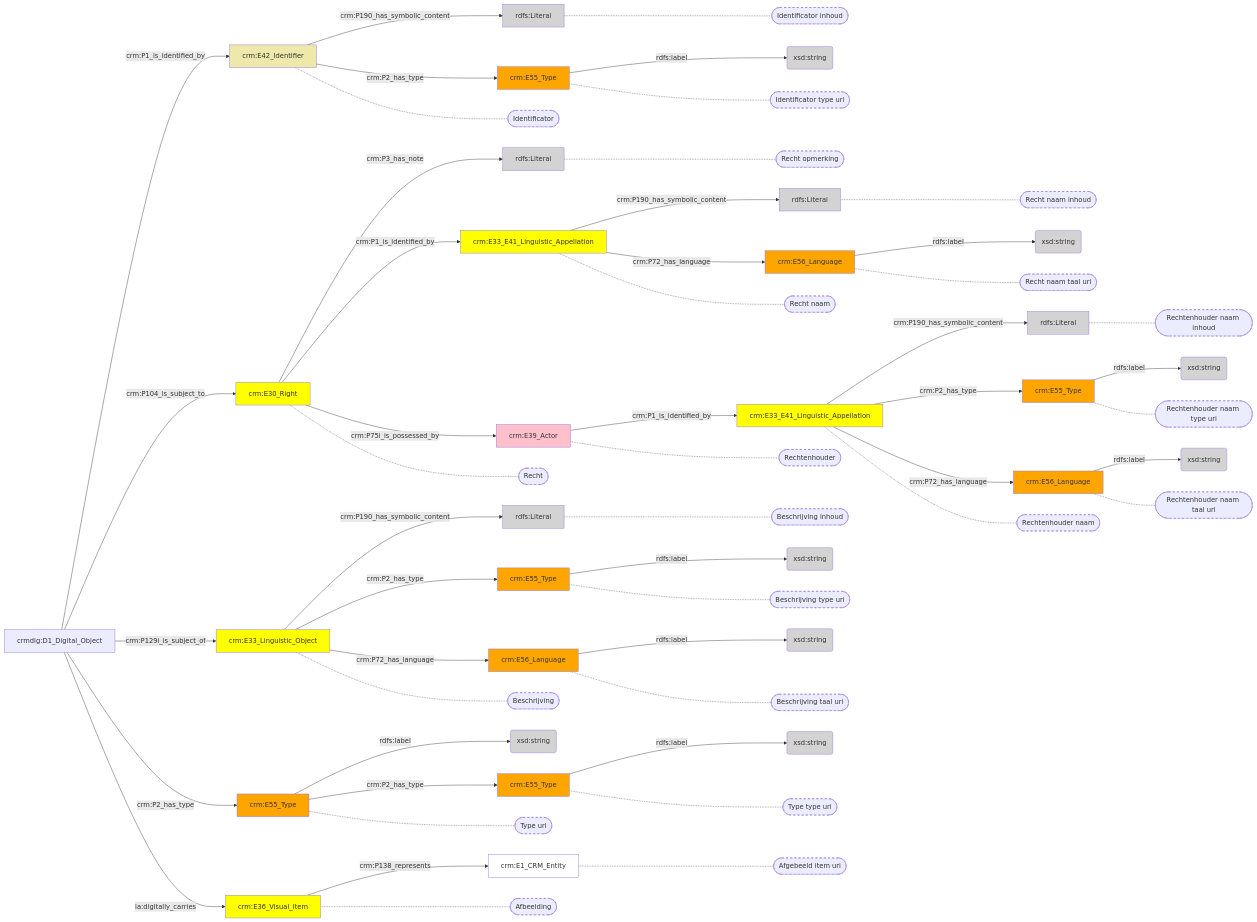
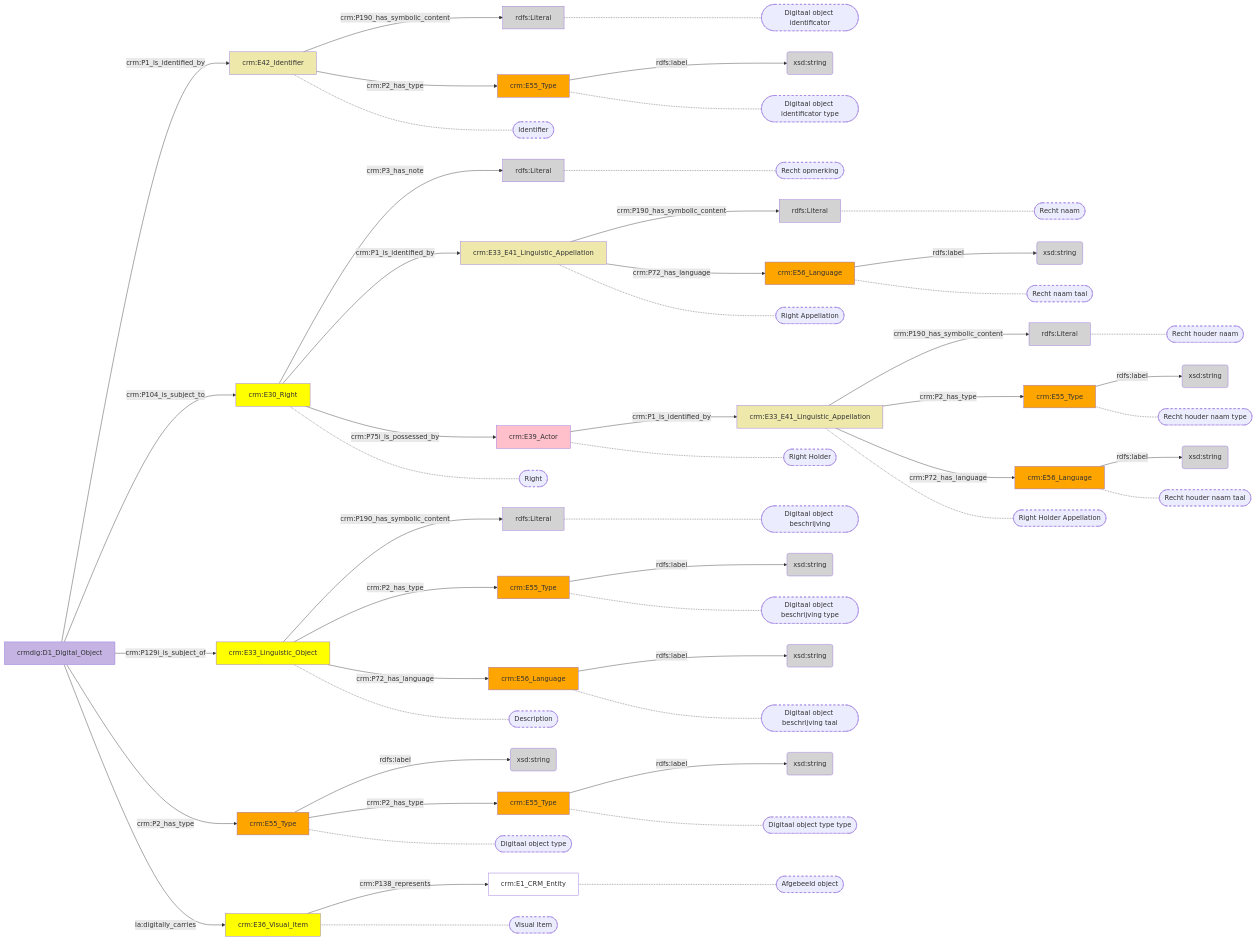
The diagram in docs/content/modellen/DigitalObject.md (digipolisantwerpdocumentation/antwerp-cultureel-erfgoed), drawn with Mermaid before and after one commit. The commit also changed 173 other files, not shown here.

````diff
--- a/docs/content/modellen/DigitalObject.md
+++ b/docs/content/modellen/DigitalObject.md
@@ -29,27 +29,6 @@
 ad7fc398-04fa-11ee-9497-96a6d2455259["crm:E33_E41_Linguistic_Appellation"]-->|"crm:P72_has_language"|ad7fc5a0-04fa-11ee-9497-96a6d2455259["crm:E56_Language"]
 ad7fc8ac-04fa-11ee-9497-96a6d2455259["crm:E33_E41_Linguistic_Appellation"]-->|"crm:P2_has_type"|ad7fbe3e-04fa-11ee-9497-96a6d2455259["crm:E55_Type"]
 ad7fc8ac-04fa-11ee-9497-96a6d2455259["crm:E33_E41_Linguistic_Appellation"]-->|"crm:P72_has_language"|ad7faeda-04fa-11ee-9497-96a6d2455259["crm:E56_Language"]
-ad7fb196-04fa-11ee-9497-96a6d2455259["rdfs:Literal"]-.-ad7fb196-04fa-11ee-9497-96a6d2455259_s(["Identificator inhoud"])
-ad7fb2a4-04fa-11ee-9497-96a6d2455259["crm:E55_Type"]-.-ad7fb2a4-04fa-11ee-9497-96a6d2455259_s(["Identificator type uri"])
-ad7fb5ba-04fa-11ee-9497-96a6d2455259["rdfs:Literal"]-.-ad7fb5ba-04fa-11ee-9497-96a6d2455259_s(["Beschrijving inhoud"])
-ad7fb7ea-04fa-11ee-9497-96a6d2455259["crm:E55_Type"]-.-ad7fb7ea-04fa-11ee-9497-96a6d2455259_s(["Beschrijving type uri"])
-ad7fb9fc-04fa-11ee-9497-96a6d2455259["crm:E56_Language"]-.-ad7fb9fc-04fa-11ee-9497-96a6d2455259_s(["Beschrijving taal uri"])
-ad7fbb14-04fa-11ee-9497-96a6d2455259["crm:E55_Type"]-.-ad7fbb14-04fa-11ee-9497-96a6d2455259_s(["Type type uri"])
-ad7fb48e-04fa-11ee-9497-96a6d2455259["crm:E1_CRM_Entity"]-.-ad7fb48e-04fa-11ee-9497-96a6d2455259_s(["Afgebeeld item uri"])
-ad7fc398-04fa-11ee-9497-96a6d2455259["crm:E33_E41_Linguistic_Appellation"]-.-ad7fc398-04fa-11ee-9497-96a6d2455259_s(["Recht naam"])
-ad7fc7b2-04fa-11ee-9497-96a6d2455259["rdfs:Literal"]-.-ad7fc7b2-04fa-11ee-9497-96a6d2455259_s(["Recht opmerking"])
-ad7fc17c-04fa-11ee-9497-96a6d2455259["crm:E39_Actor"]-.-ad7fc17c-04fa-11ee-9497-96a6d2455259_s(["Rechtenhouder"])
-ad7f9832-04fa-11ee-9497-96a6d2455259["crm:E42_Identifier"]-.-ad7f9832-04fa-11ee-9497-96a6d2455259_s(["Identificator"])
-ad7fab56-04fa-11ee-9497-96a6d2455259["crm:E30_Right"]-.-ad7fab56-04fa-11ee-9497-96a6d2455259_s(["Recht"])
-ad7fa020-04fa-11ee-9497-96a6d2455259["crm:E33_Linguistic_Object"]-.-ad7fa020-04fa-11ee-9497-96a6d2455259_s(["Beschrijving"])
-ad7fa3fe-04fa-11ee-9497-96a6d2455259["crm:E55_Type"]-.-ad7fa3fe-04fa-11ee-9497-96a6d2455259_s(["Type uri"])
-ad7fa7aa-04fa-11ee-9497-96a6d2455259["crm:E36_Visual_Item"]-.-ad7fa7aa-04fa-11ee-9497-96a6d2455259_s(["Afbeelding"])
-ad7fc8ac-04fa-11ee-9497-96a6d2455259["crm:E33_E41_Linguistic_Appellation"]-.-ad7fc8ac-04fa-11ee-9497-96a6d2455259_s(["Rechtenhouder naam"])
-ad7fc49c-04fa-11ee-9497-96a6d2455259["rdfs:Literal"]-.-ad7fc49c-04fa-11ee-9497-96a6d2455259_s(["Recht naam inhoud"])
-ad7fc5a0-04fa-11ee-9497-96a6d2455259["crm:E56_Language"]-.-ad7fc5a0-04fa-11ee-9497-96a6d2455259_s(["Recht naam taal uri"])
-ad7fbf56-04fa-11ee-9497-96a6d2455259["rdfs:Literal"]-.-ad7fbf56-04fa-11ee-9497-96a6d2455259_s(["Rechtenhouder naam inhoud"])
-ad7fbe3e-04fa-11ee-9497-96a6d2455259["crm:E55_Type"]-.-ad7fbe3e-04fa-11ee-9497-96a6d2455259_s(["Rechtenhouder naam type uri"])
-ad7faeda-04fa-11ee-9497-96a6d2455259["crm:E56_Language"]-.-ad7faeda-04fa-11ee-9497-96a6d2455259_s(["Rechtenhouder naam taal uri"])
 style ad7fb196-04fa-11ee-9497-96a6d2455259_s stroke-dasharray: 5
 style ad7fb2a4-04fa-11ee-9497-96a6d2455259_s stroke-dasharray: 5
 style ad7fb5ba-04fa-11ee-9497-96a6d2455259_s stroke-dasharray: 5
@@ -71,6 +50,27 @@
 style ad7fbf56-04fa-11ee-9497-96a6d2455259_s stroke-dasharray: 5
 style ad7fbe3e-04fa-11ee-9497-96a6d2455259_s stroke-dasharray: 5
 style ad7faeda-04fa-11ee-9497-96a6d2455259_s stroke-dasharray: 5
+ad7fb196-04fa-11ee-9497-96a6d2455259["rdfs:Literal"]-.-ad7fb196-04fa-11ee-9497-96a6d2455259_s(["Digitaal object identificator"])
+ad7fb2a4-04fa-11ee-9497-96a6d2455259["crm:E55_Type"]-.-ad7fb2a4-04fa-11ee-9497-96a6d2455259_s(["Digitaal object identificator type"])
+ad7fb5ba-04fa-11ee-9497-96a6d2455259["rdfs:Literal"]-.-ad7fb5ba-04fa-11ee-9497-96a6d2455259_s(["Digitaal object beschrijving"])
+ad7fb7ea-04fa-11ee-9497-96a6d2455259["crm:E55_Type"]-.-ad7fb7ea-04fa-11ee-9497-96a6d2455259_s(["Digitaal object beschrijving type"])
+ad7fb9fc-04fa-11ee-9497-96a6d2455259["crm:E56_Language"]-.-ad7fb9fc-04fa-11ee-9497-96a6d2455259_s(["Digitaal object beschrijving taal"])
+ad7fbb14-04fa-11ee-9497-96a6d2455259["crm:E55_Type"]-.-ad7fbb14-04fa-11ee-9497-96a6d2455259_s(["Digitaal object type type"])
+ad7fb48e-04fa-11ee-9497-96a6d2455259["crm:E1_CRM_Entity"]-.-ad7fb48e-04fa-11ee-9497-96a6d2455259_s(["Afgebeeld object"])
+ad7fc398-04fa-11ee-9497-96a6d2455259["crm:E33_E41_Linguistic_Appellation"]-.-ad7fc398-04fa-11ee-9497-96a6d2455259_s(["Right Appellation"])
+ad7fc7b2-04fa-11ee-9497-96a6d2455259["rdfs:Literal"]-.-ad7fc7b2-04fa-11ee-9497-96a6d2455259_s(["Recht opmerking"])
+ad7fc17c-04fa-11ee-9497-96a6d2455259["crm:E39_Actor"]-.-ad7fc17c-04fa-11ee-9497-96a6d2455259_s(["Right Holder"])
+ad7f9832-04fa-11ee-9497-96a6d2455259["crm:E42_Identifier"]-.-ad7f9832-04fa-11ee-9497-96a6d2455259_s(["Identifier"])
+ad7fab56-04fa-11ee-9497-96a6d2455259["crm:E30_Right"]-.-ad7fab56-04fa-11ee-9497-96a6d2455259_s(["Right"])
+ad7fa020-04fa-11ee-9497-96a6d2455259["crm:E33_Linguistic_Object"]-.-ad7fa020-04fa-11ee-9497-96a6d2455259_s(["Description"])
+ad7fa3fe-04fa-11ee-9497-96a6d2455259["crm:E55_Type"]-.-ad7fa3fe-04fa-11ee-9497-96a6d2455259_s(["Digitaal object type"])
+ad7fa7aa-04fa-11ee-9497-96a6d2455259["crm:E36_Visual_Item"]-.-ad7fa7aa-04fa-11ee-9497-96a6d2455259_s(["Visual Item"])
+ad7fc8ac-04fa-11ee-9497-96a6d2455259["crm:E33_E41_Linguistic_Appellation"]-.-ad7fc8ac-04fa-11ee-9497-96a6d2455259_s(["Right Holder Appellation"])
+ad7fc49c-04fa-11ee-9497-96a6d2455259["rdfs:Literal"]-.-ad7fc49c-04fa-11ee-9497-96a6d2455259_s(["Recht naam"])
+ad7fc5a0-04fa-11ee-9497-96a6d2455259["crm:E56_Language"]-.-ad7fc5a0-04fa-11ee-9497-96a6d2455259_s(["Recht naam taal"])
+ad7fbf56-04fa-11ee-9497-96a6d2455259["rdfs:Literal"]-.-ad7fbf56-04fa-11ee-9497-96a6d2455259_s(["Recht houder naam"])
+ad7fbe3e-04fa-11ee-9497-96a6d2455259["crm:E55_Type"]-.-ad7fbe3e-04fa-11ee-9497-96a6d2455259_s(["Recht houder naam type"])
+ad7faeda-04fa-11ee-9497-96a6d2455259["crm:E56_Language"]-.-ad7faeda-04fa-11ee-9497-96a6d2455259_s(["Recht houder naam taal"])
 style ad7f9832-04fa-11ee-9497-96a6d2455259 fill:#EEE8AA
 style ad7fa020-04fa-11ee-9497-96a6d2455259 fill:#ffff00
 style ad7fa3fe-04fa-11ee-9497-96a6d2455259 fill:#ffa500
@@ -80,6 +80,7 @@
 style ad7fb074-04fa-11ee-9497-96a6d2455259 fill:#D3D3D3
 style ad7fb196-04fa-11ee-9497-96a6d2455259 fill:#D3D3D3
 style ad7fb2a4-04fa-11ee-9497-96a6d2455259 fill:#ffa500
+style ad7fb3a8-04fa-11ee-9497-96a6d2455259 fill:#C5B4E3
 style ad7fb48e-04fa-11ee-9497-96a6d2455259 fill:#ffffff
 style ad7fb5ba-04fa-11ee-9497-96a6d2455259 fill:#D3D3D3
 style ad7fb6d2-04fa-11ee-9497-96a6d2455259 fill:#D3D3D3
@@ -94,10 +95,10 @@
 style ad7fc05a-04fa-11ee-9497-96a6d2455259 fill:#D3D3D3
 style ad7fc17c-04fa-11ee-9497-96a6d2455259 fill:#ffc0cb
 style ad7fc28a-04fa-11ee-9497-96a6d2455259 fill:#D3D3D3
-style ad7fc398-04fa-11ee-9497-96a6d2455259 fill:#ffff00
+style ad7fc398-04fa-11ee-9497-96a6d2455259 fill:#EEE8AA
 style ad7fc49c-04fa-11ee-9497-96a6d2455259 fill:#D3D3D3
 style ad7fc5a0-04fa-11ee-9497-96a6d2455259 fill:#ffa500
 style ad7fc6a4-04fa-11ee-9497-96a6d2455259 fill:#D3D3D3
 style ad7fc7b2-04fa-11ee-9497-96a6d2455259 fill:#D3D3D3
-style ad7fc8ac-04fa-11ee-9497-96a6d2455259 fill:#ffff00
+style ad7fc8ac-04fa-11ee-9497-96a6d2455259 fill:#EEE8AA
 ```
````
